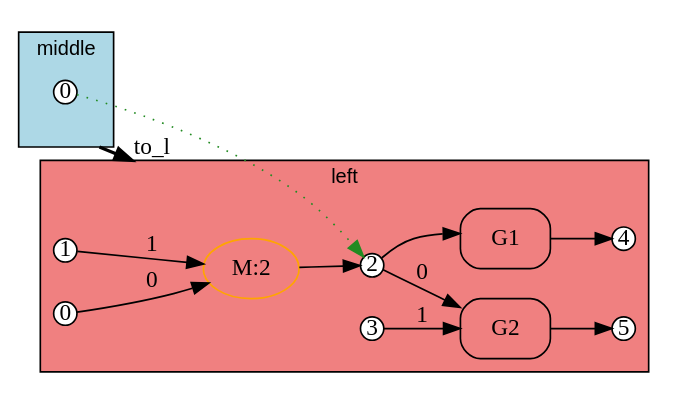
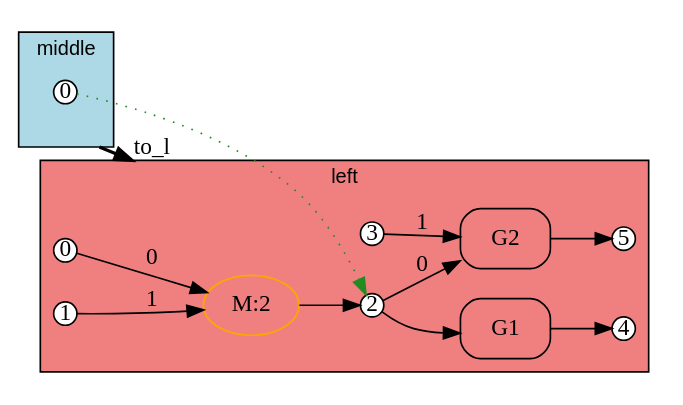
One commit to ammatsui/bhypvis changed the diagram in crates/bhyp/images/test_copy_subst_commute/shared_span_for_copy_M_to_l.dot. Above: the diagram before and after it, drawn with Graphviz. The commit also changed other lines of this file and 876 other files, not shown here.

```diff
--- a/crates/bhyp/images/test_copy_subst_commute/shared_span_for_copy_M_to_l.dot
+++ b/crates/bhyp/images/test_copy_subst_commute/shared_span_for_copy_M_to_l.dot
@@ -1,51 +1,51 @@
 digraph Morphism {
   fontname="Helvetica"
   fontsize=12
   rankdir=LR;
   compound=true;
   newrank=true;
 
   subgraph cluster_domain {
     label="middle";
     style=filled;
     fillcolor="lightblue";
     fontname="Helvetica";
     fontsize=12;
 
     dom_n0 [label="0", shape=circle, style=filled, fillcolor=white, color="black", width=0.2, height=0.2, fixedsize=true];
     dom_anchor [shape=point, width=0, height=0, style=invis];
   }
 
   subgraph cluster_codomain {
     label="left";
     style=filled;
     fillcolor="lightcoral";
     fontname="Helvetica";
     fontsize=12;
 
+    cod_n2 [label="2", shape=circle, style=filled, fillcolor=white, color="black", width=0.2, height=0.2, fixedsize=true];
+    cod_n0 [label="0", shape=circle, style=filled, fillcolor=white, color="black", width=0.2, height=0.2, fixedsize=true];
+    cod_n3 [label="3", shape=circle, style=filled, fillcolor=white, color="black", width=0.2, height=0.2, fixedsize=true];
+    cod_n5 [label="5", shape=circle, style=filled, fillcolor=white, color="black", width=0.2, height=0.2, fixedsize=true];
+    cod_n4 [label="4", shape=circle, style=filled, fillcolor=white, color="black", width=0.2, height=0.2, fixedsize=true];
     cod_n1 [label="1", shape=circle, style=filled, fillcolor=white, color="black", width=0.2, height=0.2, fixedsize=true];
-    cod_n5 [label="5", shape=circle, style=filled, fillcolor=white, color="black", width=0.2, height=0.2, fixedsize=true];
-    cod_n0 [label="0", shape=circle, style=filled, fillcolor=white, color="black", width=0.2, height=0.2, fixedsize=true];
-    cod_n2 [label="2", shape=circle, style=filled, fillcolor=white, color="black", width=0.2, height=0.2, fixedsize=true];
-    cod_n3 [label="3", shape=circle, style=filled, fillcolor=white, color="black", width=0.2, height=0.2, fixedsize=true];
-    cod_n4 [label="4", shape=circle, style=filled, fillcolor=white, color="black", width=0.2, height=0.2, fixedsize=true];
+    cod_e2 [label="G1", shape=box, style=rounded, color="black"];
     cod_e0 [label="M:2", shape=ellipse, style=rounded, color="orange"];
     cod_e1 [label="G2", shape=box, style=rounded, color="black"];
-    cod_e2 [label="G1", shape=box, style=rounded, color="black"];
+    cod_n2 -> cod_e2 [label=""];
+    cod_e2 -> cod_n4 [label=""];
     cod_n0 -> cod_e0 [label="0"];
     cod_n1 -> cod_e0 [label="1"];
     cod_e0 -> cod_n2 [label=""];
     cod_n2 -> cod_e1 [label="0"];
     cod_n3 -> cod_e1 [label="1"];
     cod_e1 -> cod_n5 [label=""];
-    cod_n2 -> cod_e2 [label=""];
-    cod_e2 -> cod_n4 [label=""];
     cod_anchor [shape=point, width=0, height=0, style=invis];
   }
 
   // Morphism mappings
   dom_n0 -> cod_n2 [style=dotted, color=forestgreen, constraint=false];
 
   // Cluster-level morphism arrow
   dom_anchor -> cod_anchor [lhead=cluster_codomain, ltail=cluster_domain, style=bold, color=black, label="to_l", penwidth=2];
 }
```
